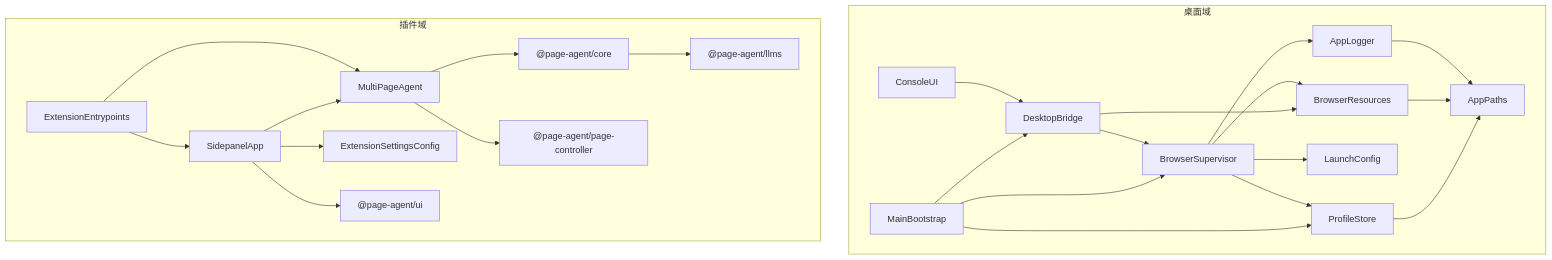
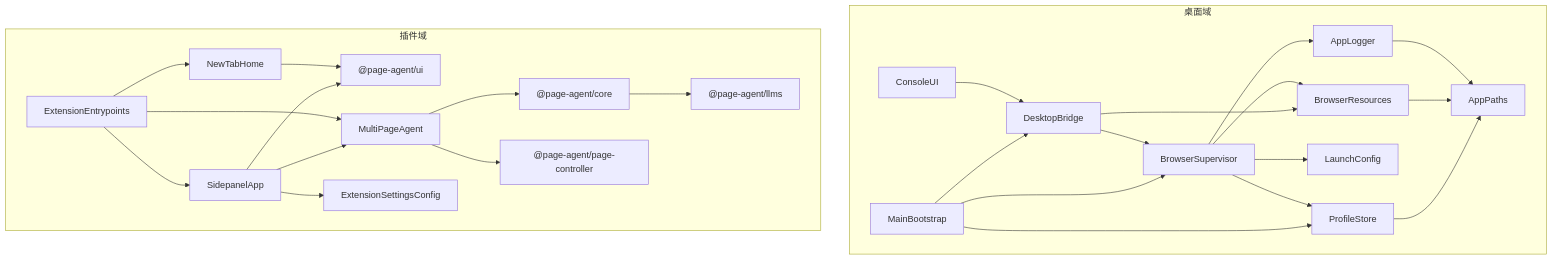
The diagram in .project.agents/docs/context/ARCHITECTURE.md (SmartSunruiyang/WenXue), drawn with Mermaid before and after one commit. The commit also changed other lines of this file and 2 other files, not shown here.

Commit message:
docs: 登记 NewTabHome 模块、功能与视觉方向

````diff
--- a/.project.agents/docs/context/ARCHITECTURE.md
+++ b/.project.agents/docs/context/ARCHITECTURE.md
@@ -215,28 +225,30 @@
 ```mermaid
 graph TD
     subgraph 桌面域
         MainBootstrap --> DesktopBridge
         MainBootstrap --> BrowserSupervisor
         MainBootstrap --> ProfileStore
         ConsoleUI --> DesktopBridge
         DesktopBridge --> BrowserSupervisor
         DesktopBridge --> BrowserResources
         BrowserSupervisor --> LaunchConfig
         BrowserSupervisor --> BrowserResources
         BrowserSupervisor --> ProfileStore
         BrowserSupervisor --> AppLogger
         ProfileStore --> AppPaths
         BrowserResources --> AppPaths
         AppLogger --> AppPaths
     end
     subgraph 插件域
         ExtensionEntrypoints --> SidepanelApp
+        ExtensionEntrypoints --> NewTabHome
+        NewTabHome --> PA_UI["@page-agent/ui"]
         ExtensionEntrypoints --> MultiPageAgent
         SidepanelApp --> MultiPageAgent
         SidepanelApp --> ExtensionSettingsConfig
         SidepanelApp --> PA_UI["@page-agent/ui"]
         MultiPageAgent --> PA_CORE["@page-agent/core"]
         MultiPageAgent --> PA_PC["@page-agent/page-controller"]
         PA_CORE --> PA_LLMS["@page-agent/llms"]
     end
 ```
````
